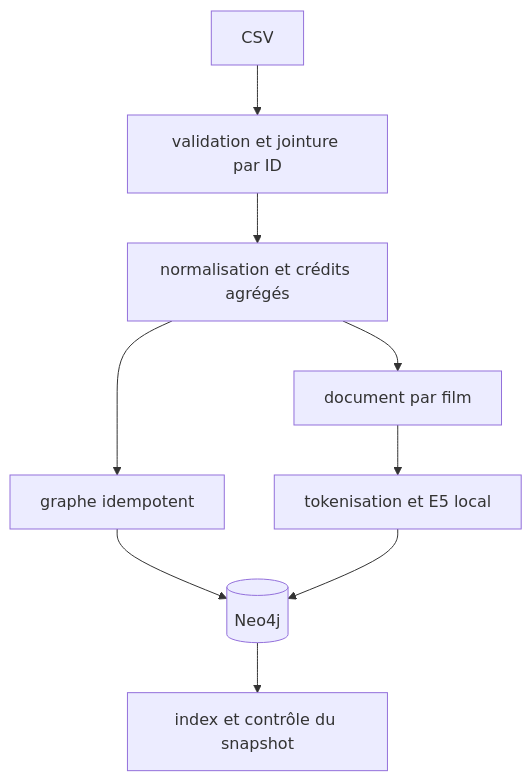
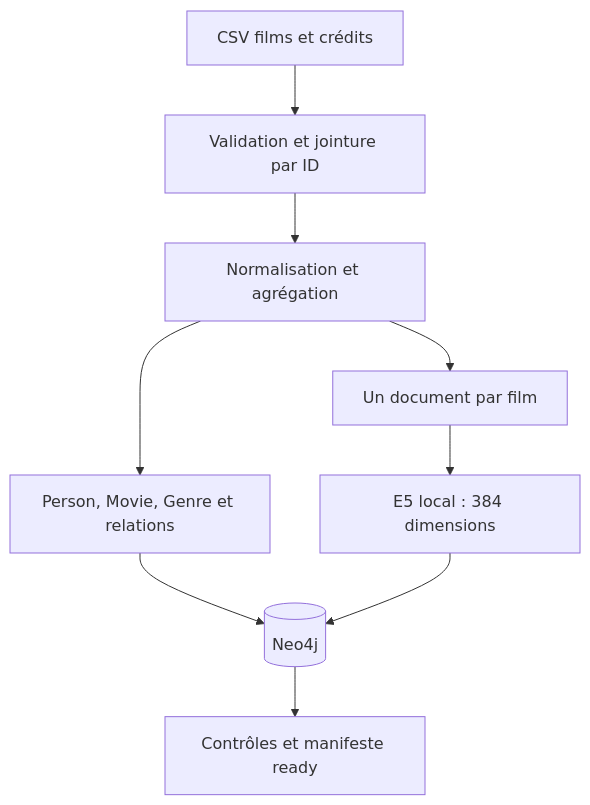
Before and after one commit to Styyde/Movie-GraphRag-: the first of 2 diagrams in docs/architecture.md, drawn with Mermaid. The commit also changed other lines of this file and 9 other files, not shown here.

Commit message:
updating frontend and architecture documentation

````diff
--- a/docs/architecture.md
+++ b/docs/architecture.md
@@ -9,11 +7,11 @@
-```mermaid
+~~~mermaid
 flowchart TD
-  A[CSV] --> B[validation et jointure par ID]
-  B --> C[normalisation et crédits agrégés]
-  C --> D[graphe idempotent]
-  C --> E[document par film]
-  E --> F[tokenisation et E5 local]
-  D --> N[(Neo4j)]
-  F --> N
-  N --> G[index et contrôle du snapshot]
-```
+    CSV["CSV films et crédits"] --> V["Validation et jointure par ID"]
+    V --> N["Normalisation et agrégation"]
+    N --> G["Person, Movie, Genre et relations"]
+    N --> D["Un document par film"]
+    D --> E["E5 local : 384 dimensions"]
+    G --> DB[("Neo4j")]
+    E --> DB
+    DB --> M["Contrôles et manifeste ready"]
+~~~
````
